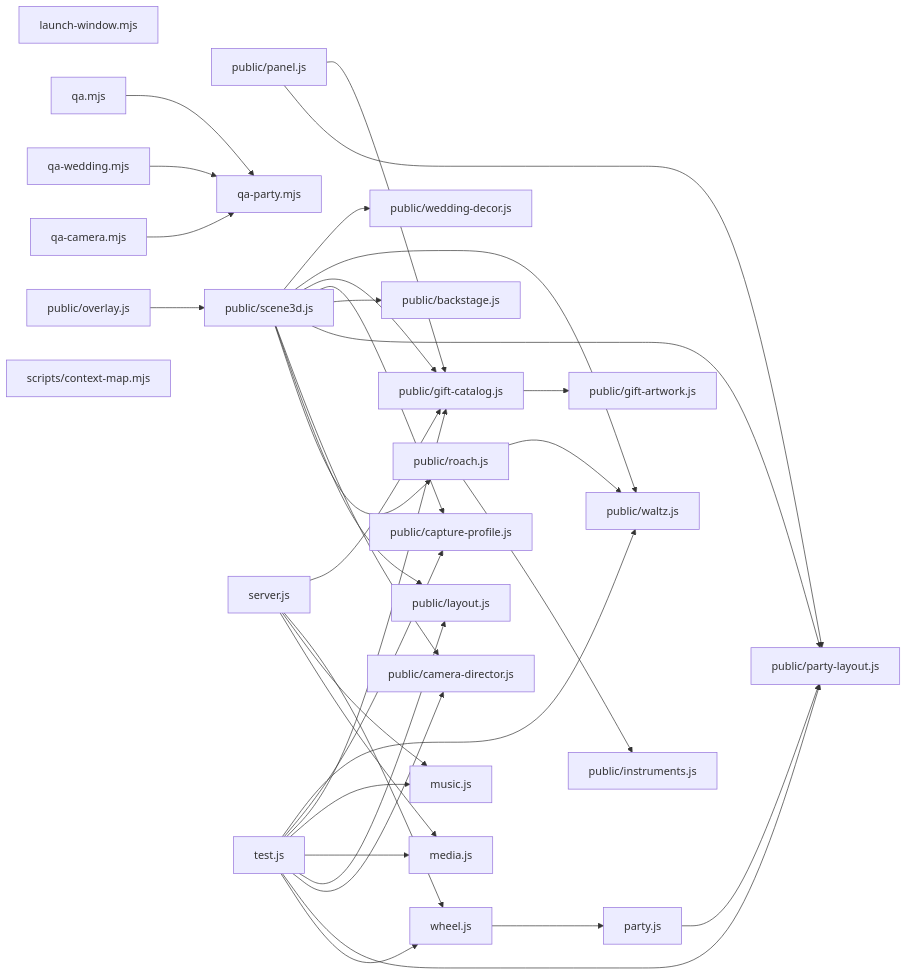
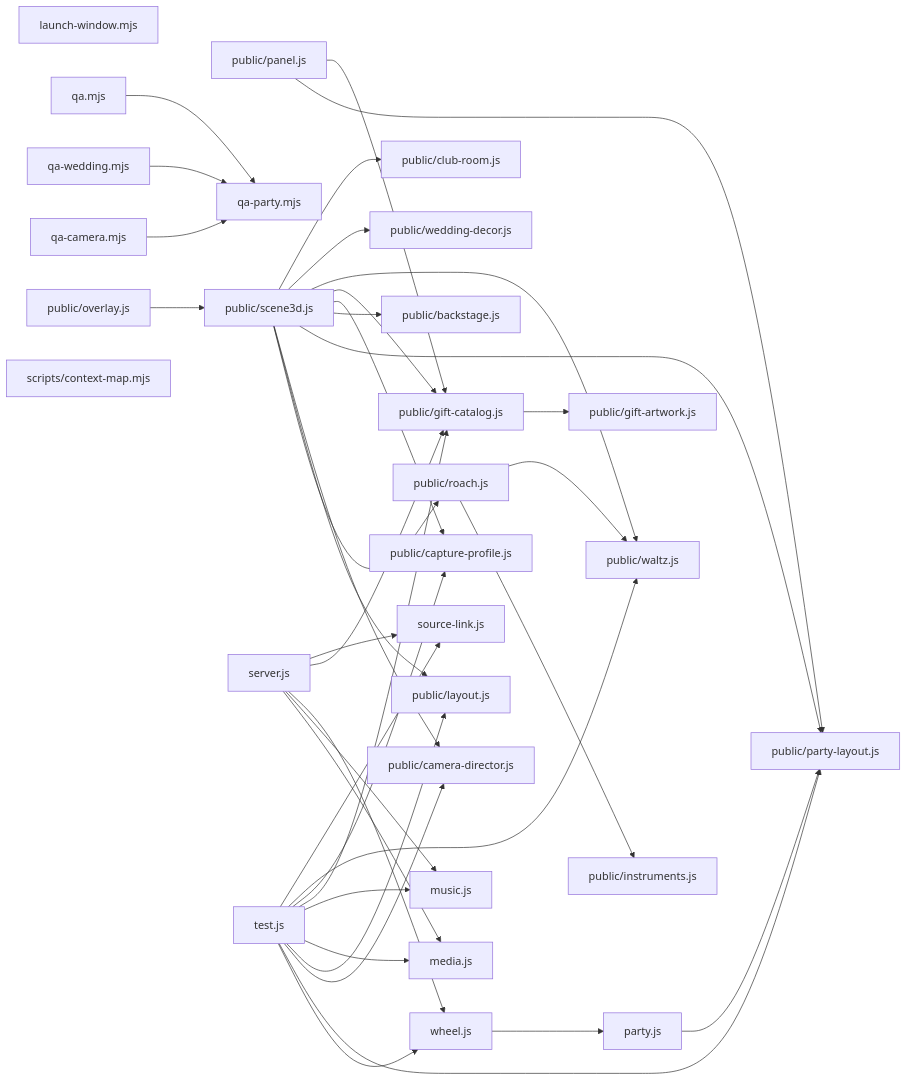
The diagram in docs/context-map.md (fthgshhsrth/roda-live), drawn with Mermaid before and after one commit. The commit also changed 17 other files, not shown here.

Commit message:
Adiciona fonte Link HTTPS protegida e overlay com canvas em tela inteira

````diff
--- a/docs/context-map.md
+++ b/docs/context-map.md
@@ -5,62 +5,67 @@
 ```mermaid
 graph LR
   n0["launch-window.mjs"]
   n1["media.js"]
   n2["music.js"]
   n3["party.js"]
   n4["public/backstage.js"]
   n5["public/camera-director.js"]
   n6["public/capture-profile.js"]
-  n7["public/gift-artwork.js"]
-  n8["public/gift-catalog.js"]
-  n9["public/instruments.js"]
-  n10["public/layout.js"]
-  n11["public/overlay.js"]
-  n12["public/panel.js"]
-  n13["public/party-layout.js"]
-  n14["public/roach.js"]
-  n15["public/scene3d.js"]
-  n16["public/waltz.js"]
-  n17["public/wedding-decor.js"]
-  n18["qa-camera.mjs"]
-  n19["qa-party.mjs"]
-  n20["qa-wedding.mjs"]
-  n21["qa.mjs"]
-  n22["scripts/context-map.mjs"]
-  n23["server.js"]
-  n24["test.js"]
-  n25["wheel.js"]
-  n3 --> n13
-  n8 --> n7
-  n11 --> n15
-  n12 --> n13
-  n12 --> n8
-  n14 --> n9
-  n14 --> n16
-  n15 --> n14
+  n7["public/club-room.js"]
+  n8["public/gift-artwork.js"]
+  n9["public/gift-catalog.js"]
+  n10["public/instruments.js"]
+  n11["public/layout.js"]
+  n12["public/overlay.js"]
+  n13["public/panel.js"]
+  n14["public/party-layout.js"]
+  n15["public/roach.js"]
+  n16["public/scene3d.js"]
+  n17["public/waltz.js"]
+  n18["public/wedding-decor.js"]
+  n19["qa-camera.mjs"]
+  n20["qa-party.mjs"]
+  n21["qa-wedding.mjs"]
+  n22["qa.mjs"]
+  n23["scripts/context-map.mjs"]
+  n24["server.js"]
+  n25["source-link.js"]
+  n26["test.js"]
+  n27["wheel.js"]
+  n3 --> n14
+  n9 --> n8
+  n12 --> n16
+  n13 --> n14
+  n13 --> n9
   n15 --> n10
-  n15 --> n5
-  n15 --> n13
-  n15 --> n4
-  n15 --> n6
-  n15 --> n8
-  n15 --> n16
   n15 --> n17
-  n18 --> n19
-  n20 --> n19
-  n21 --> n19
-  n23 --> n1
-  n23 --> n2
-  n23 --> n25
-  n23 --> n8
-  n24 --> n25
-  n24 --> n13
-  n24 --> n5
-  n24 --> n10
+  n16 --> n15
+  n16 --> n11
+  n16 --> n5
+  n16 --> n14
+  n16 --> n4
+  n16 --> n6
+  n16 --> n9
+  n16 --> n17
+  n16 --> n18
+  n16 --> n7
+  n19 --> n20
+  n21 --> n20
+  n22 --> n20
   n24 --> n1
   n24 --> n2
-  n24 --> n8
-  n24 --> n6
-  n24 --> n16
-  n25 --> n3
+  n24 --> n27
+  n24 --> n9
+  n24 --> n25
+  n26 --> n27
+  n26 --> n14
+  n26 --> n5
+  n26 --> n11
+  n26 --> n1
+  n26 --> n2
+  n26 --> n9
+  n26 --> n6
+  n26 --> n17
+  n26 --> n25
+  n27 --> n3
 ```
````
